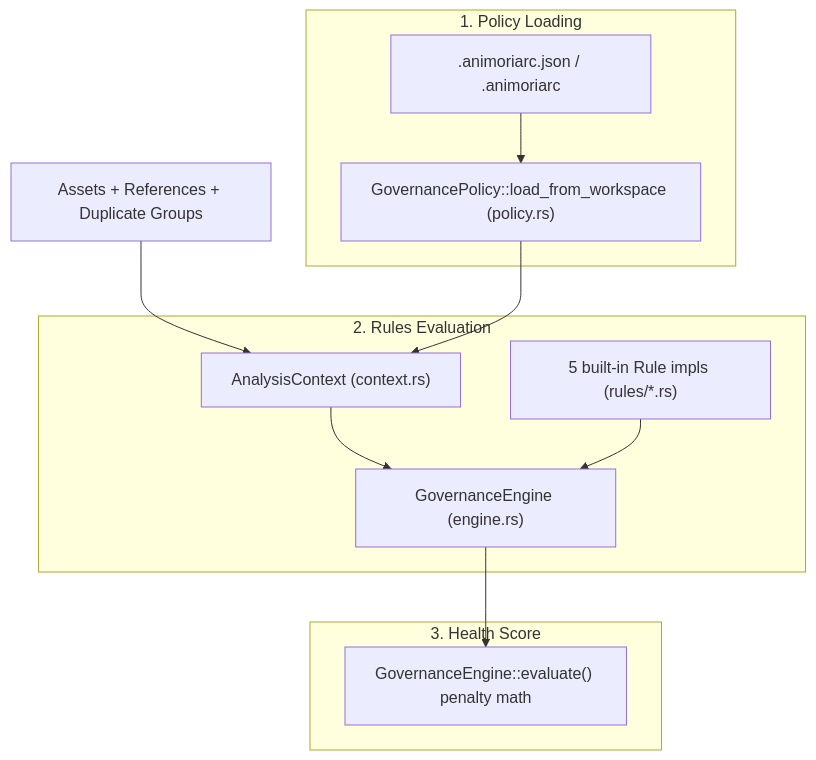
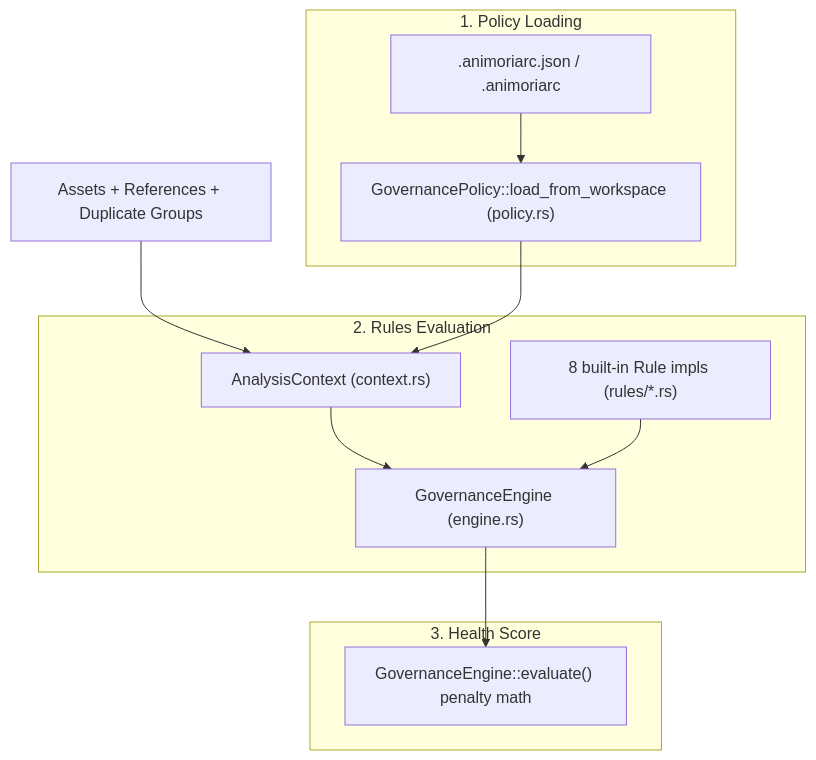
The diagram in docs/guides/05-governance-pipeline.md (sxnnyside-project/animoria), drawn with Mermaid before and after one commit. The commit also changed other lines of this file and 53 other files, not shown here.

````diff
--- a/docs/guides/05-governance-pipeline.md
+++ b/docs/guides/05-governance-pipeline.md
@@ -16,26 +16,26 @@
 ```mermaid
 graph TD
     WorkspaceData["Assets + References + Duplicate Groups"]
 
     subgraph ConfigResolution["1. Policy Loading"]
         Policy["GovernancePolicy::load_from_workspace (policy.rs)"]
         ConfigFile[".animoriarc.json / .animoriarc"]
     end
 
     subgraph RulesEngineSubsystem["2. Rules Evaluation"]
         Context["AnalysisContext (context.rs)"]
         Engine["GovernanceEngine (engine.rs)"]
-        Rules["5 built-in Rule impls (rules/*.rs)"]
+        Rules["8 built-in Rule impls (rules/*.rs)"]
     end
 
     subgraph ScoringReport["3. Health Score"]
         Score["GovernanceEngine::evaluate() penalty math"]
     end
 
     ConfigFile --> Policy
     WorkspaceData --> Context
     Policy --> Context
     Context --> Engine
     Rules --> Engine
     Engine --> Score
 ```
````
